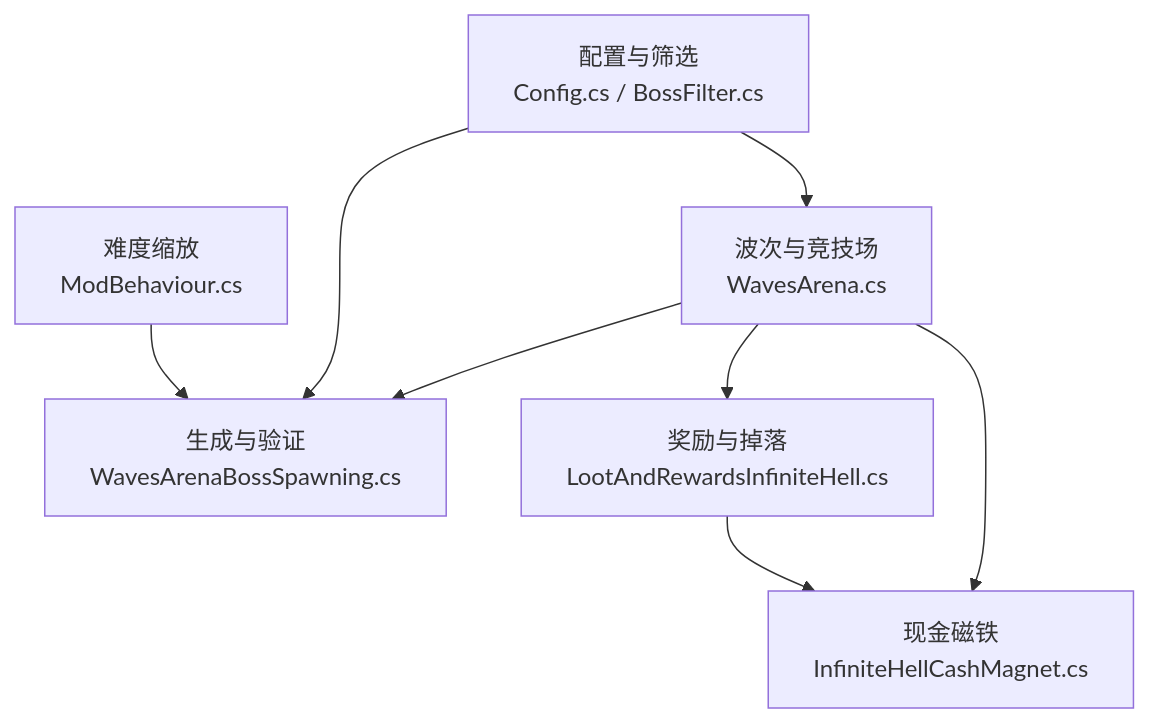
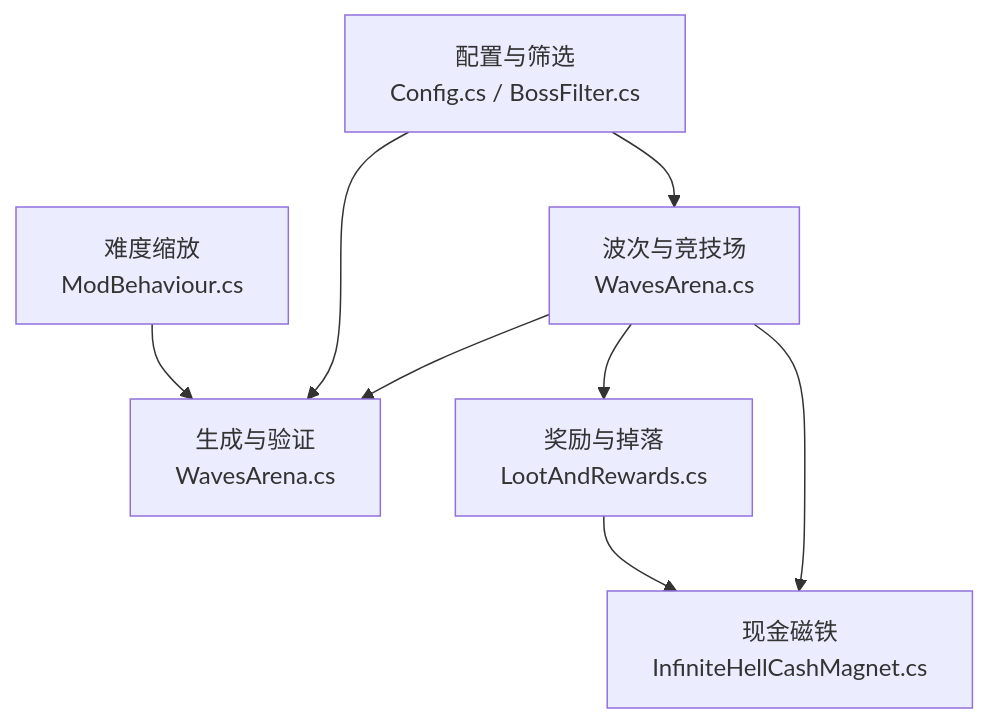
Before and after one commit to GASEN1216/BossRushMod: the first of 7 diagrams in .qoder/repowiki/zh/content/游戏模式系统/标准 BossRush 模式/无间炼狱模式.md, drawn with Mermaid. The commit also changed other lines of this file and 124 other files, not shown here.

````diff
--- a/.qoder/repowiki/zh/content/游戏模式系统/标准 BossRush 模式/无间炼狱模式.md
+++ b/.qoder/repowiki/zh/content/游戏模式系统/标准 BossRush 模式/无间炼狱模式.md
@@ -44,10 +44,10 @@
 ```mermaid
 graph TB
-A["波次与竞技场<br/>WavesArena.cs"] --> B["生成与验证<br/>WavesArenaBossSpawning.cs"]
-A --> C["奖励与掉落<br/>LootAndRewardsInfiniteHell.cs"]
+A["波次与竞技场<br/>WavesArena.cs"] --> B["生成与验证<br/>WavesArena.cs"]
+A --> C["奖励与掉落<br/>LootAndRewards.cs"]
 A --> D["现金磁铁<br/>InfiniteHellCashMagnet.cs"]
 E["配置与筛选<br/>Config.cs / BossFilter.cs"] --> A
 E --> B
 F["难度缩放<br/>ModBehaviour.cs"] --> B
 C --> D
 ```
````
